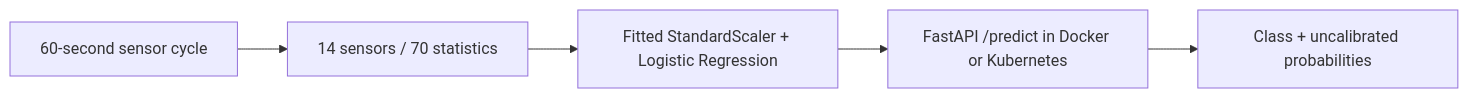
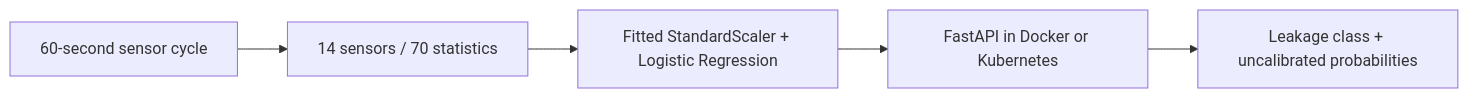
One commit to Stefancina9888/hydroguard changed the diagram in README.md. Above: the diagram before and after it, drawn with Mermaid. The commit also changed other lines of this file and 1 other file, not shown here.

````diff
--- a/README.md
+++ b/README.md
@@ -16,7 +14,7 @@
 ```mermaid
 flowchart LR
     A["60-second sensor cycle"] --> B["14 sensors / 70 statistics"]
     B --> C["Fitted StandardScaler + Logistic Regression"]
-    C --> D["FastAPI /predict in Docker or Kubernetes"]
-    D --> E["Class + uncalibrated probabilities"]
+    C --> D["FastAPI in Docker or Kubernetes"]
+    D --> E["Leakage class + uncalibrated probabilities"]
 ```
````
